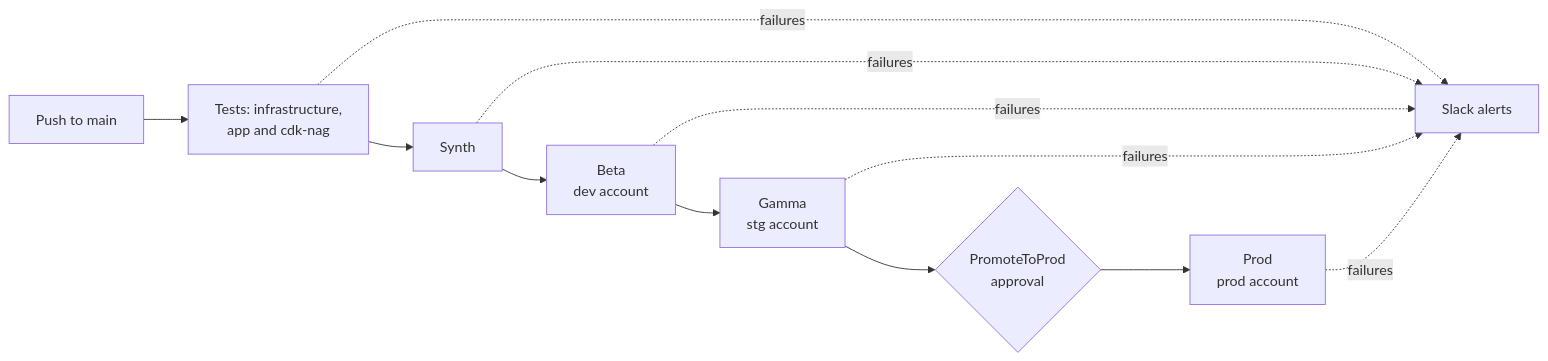
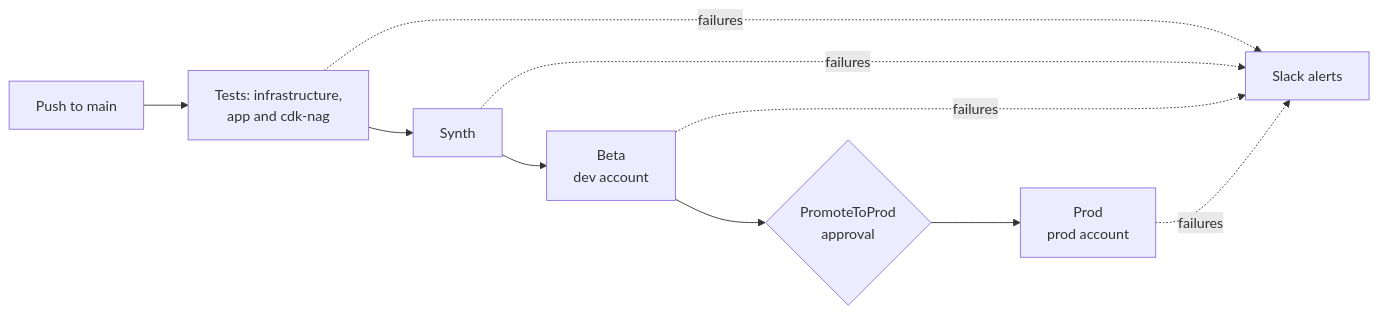
Before and after one commit to umccr/orcasonar: the seventh of 7 diagrams in docs/design.md, drawn with Mermaid. The commit also changed other lines of this file and 27 other files, not shown here.

````diff
--- a/docs/design.md
+++ b/docs/design.md
@@ -364,10 +364,9 @@
 ```mermaid
 flowchart LR
     push["Push to main"] --> test["Tests: infrastructure,<br/>app and cdk-nag"]
     test --> synth["Synth"]
     synth --> beta["Beta<br/>dev account"]
-    beta --> gamma["Gamma<br/>stg account"]
-    gamma --> approve{"PromoteToProd<br/>approval"}
+    beta --> approve{"PromoteToProd<br/>approval"}
     approve --> prod["Prod<br/>prod account"]
-    test & synth & beta & gamma & prod -. "failures" .-> slack["Slack alerts"]
+    test & synth & beta & prod -. "failures" .-> slack["Slack alerts"]
 ```
````
